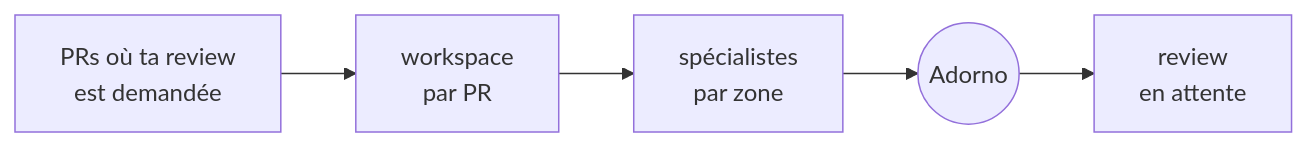
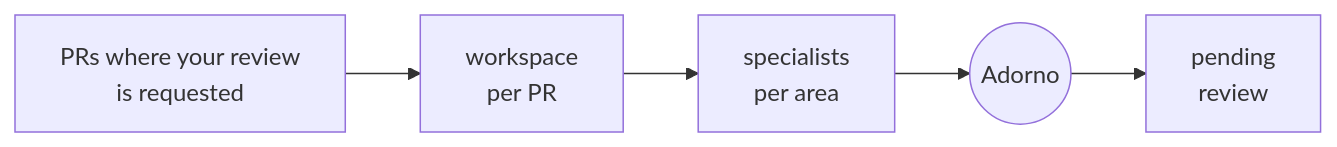
The second of 4 diagrams in README.md (nicolasmondain/adorno), drawn with Mermaid before and after one commit. The commit also changed other lines of this file and 379 other files, not shown here.

````diff
--- a/README.md
+++ b/README.md
@@ -39,4 +39,4 @@
 ```mermaid
 flowchart LR
-  r1["PRs où ta review<br/>est demandée"] --> r2["workspace<br/>par PR"] --> r3["spécialistes<br/>par zone"] --> r4(("Adorno")) --> r5["review<br/>en attente"]
+  r1["PRs where your review<br/>is requested"] --> r2["workspace<br/>per PR"] --> r3["specialists<br/>per area"] --> r4(("Adorno")) --> r5["pending<br/>review"]
 ```
````
